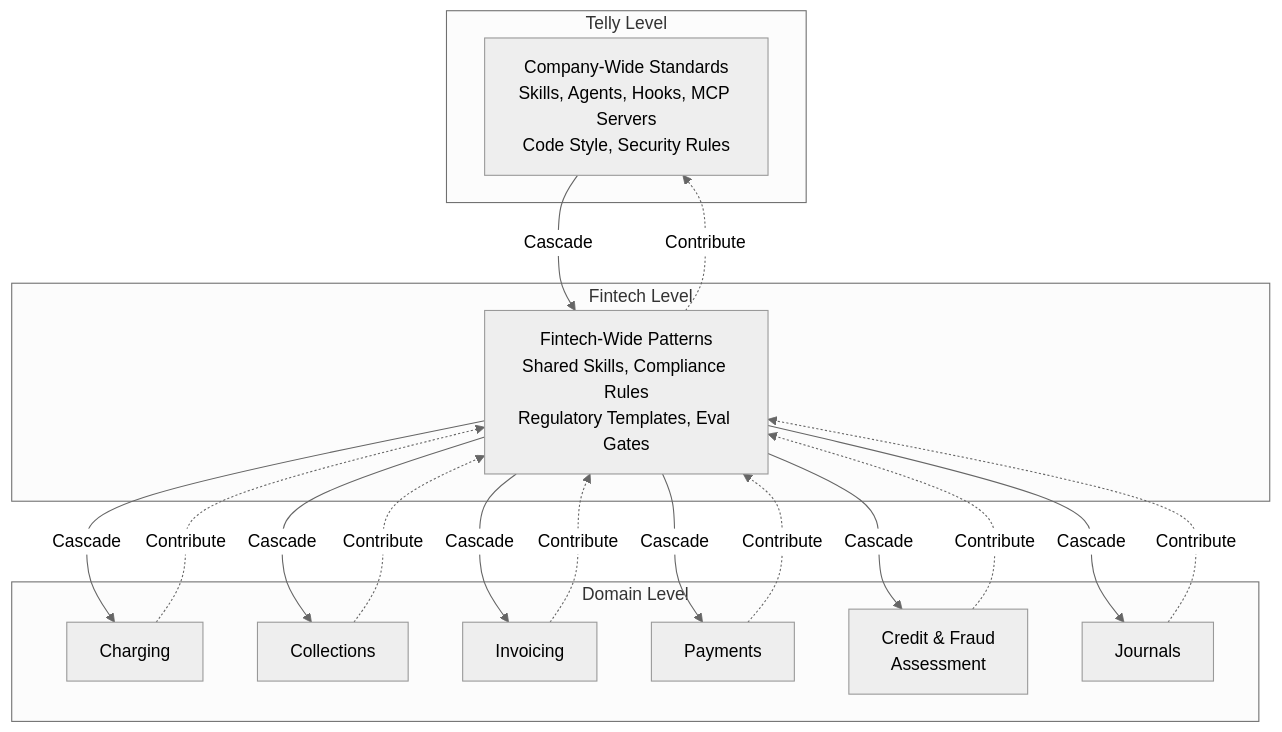
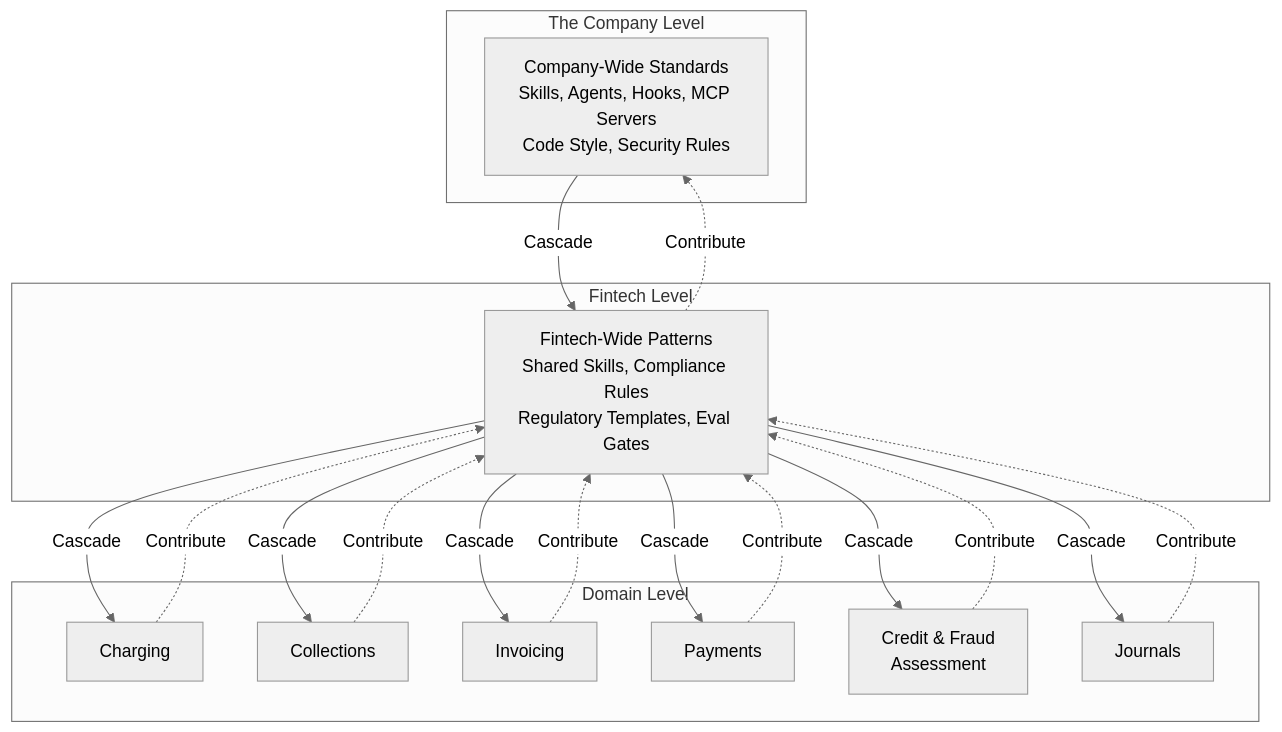
One commit to welldesignedsystem/welldesignedsystem.github.io changed the first of 3 diagrams in content/english/blog/business-ideas/context-engineering-telly.md. Above: the diagram before and after it, drawn with Mermaid (neutral theme). The commit also changed other lines of this file, not shown here.

Commit message:
refactor: update context engineering documentation; replace 'Telly' with 'The Company' for consistency

````diff
--- a/content/english/blog/business-ideas/context-engineering-telly.md
+++ b/content/english/blog/business-ideas/context-engineering-telly.md
@@ -264,35 +264,35 @@
 ```mermaid
 graph TB
-    subgraph TELLY["Telly Level"]
+    subgraph The Company["The Company Level"]
         A["Company-Wide Standards<br/>Skills, Agents, Hooks, MCP Servers<br/>Code Style, Security Rules"]
     end
     
     subgraph FINTECH["Fintech Level"]
         B["Fintech-Wide Patterns<br/>Shared Skills, Compliance Rules<br/>Regulatory Templates, Eval Gates"]
     end
     
     subgraph DOMAIN["Domain Level"]
         C1["Charging"]
         C2["Collections"]
         C3["Invoicing"]
         C4["Payments"]
         C5["Credit & Fraud<br/>Assessment"]
         C6["Journals"]
     end
     
     A -->|"Cascade"| B
     B -.->|"Contribute"| A
     B -->|"Cascade"| C1
     B -->|"Cascade"| C2
     B -->|"Cascade"| C3
     B -->|"Cascade"| C4
     B -->|"Cascade"| C5
     B -->|"Cascade"| C6
     
     C1 -.->|"Contribute"| B
     C2 -.->|"Contribute"| B
     C3 -.->|"Contribute"| B
     C4 -.->|"Contribute"| B
     C5 -.->|"Contribute"| B
     C6 -.->|"Contribute"| B
 ```
````
